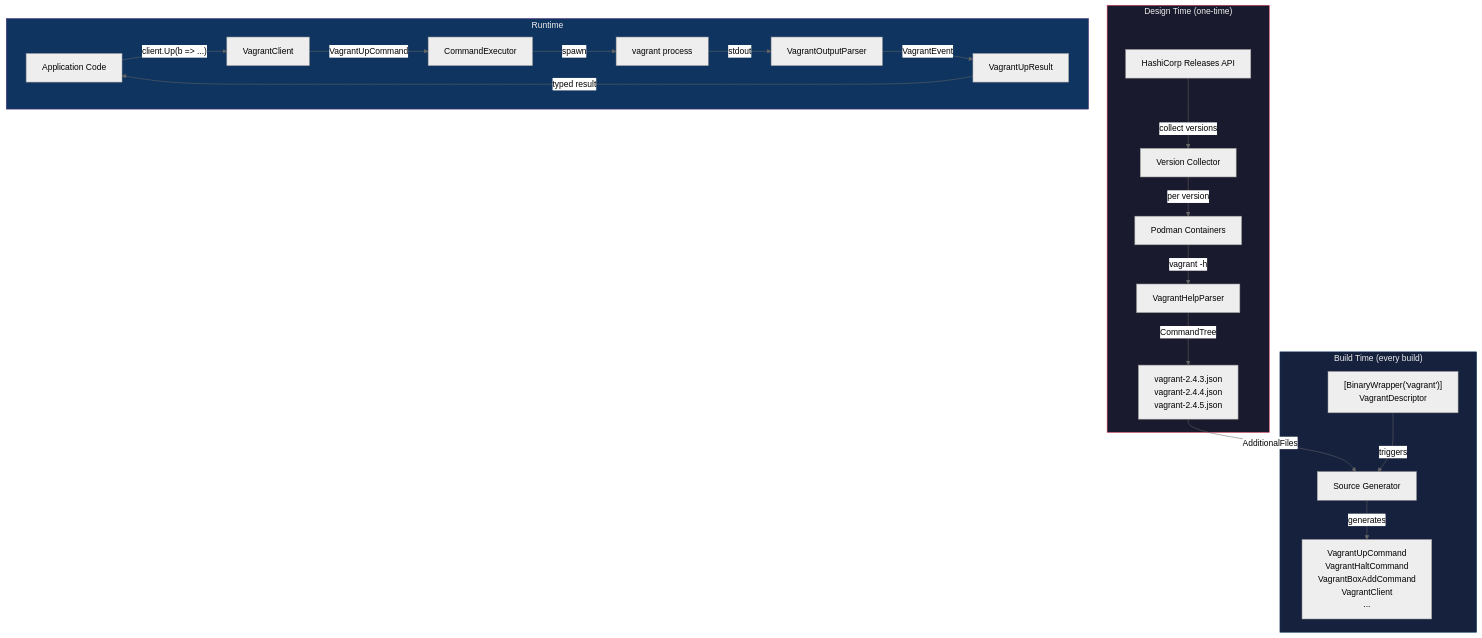
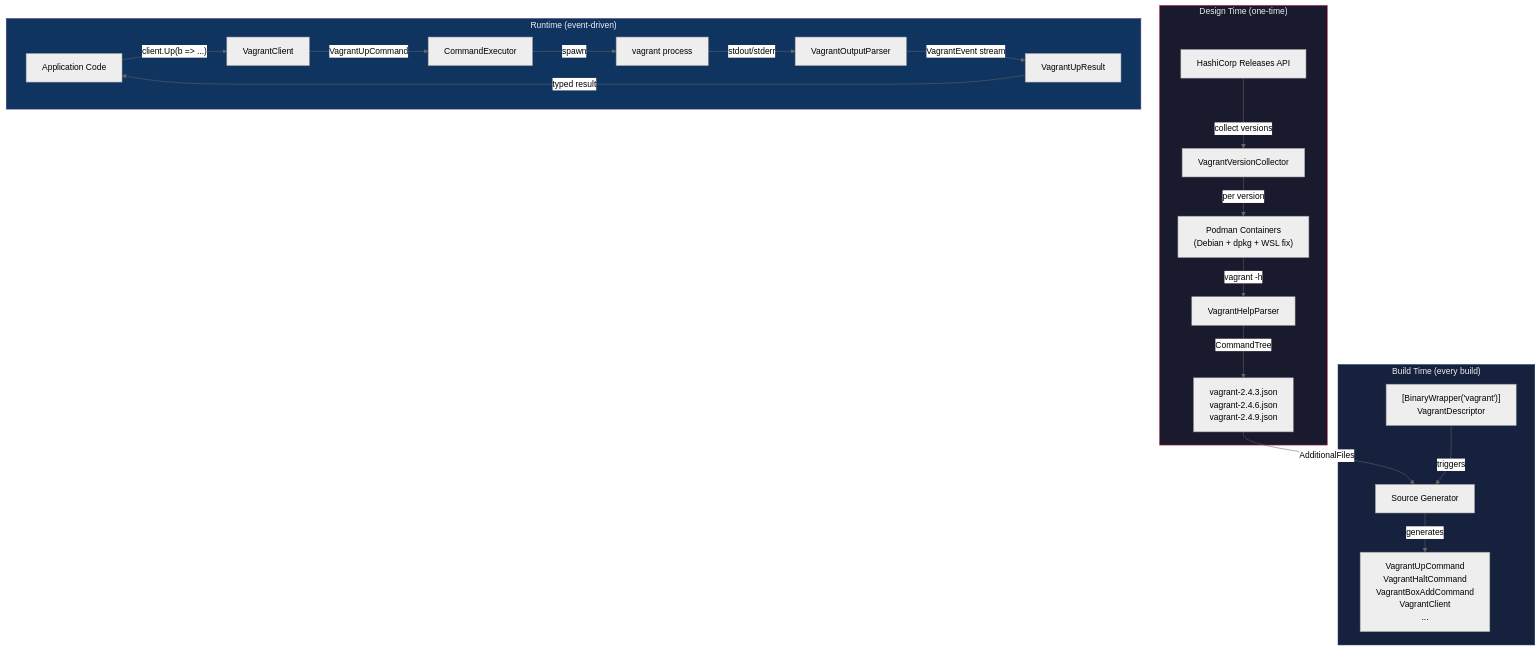
The fifth of 5 diagrams in Net/FrenchExDev/BinaryWrapper/doc/HOW-TO.md (FrenchExDev/FrenchExDev), drawn with Mermaid (neutral theme) before and after one commit. The commit also changed other lines of this file and 29723 other files, not shown here.

````diff
--- a/Net/FrenchExDev/BinaryWrapper/doc/HOW-TO.md
+++ b/Net/FrenchExDev/BinaryWrapper/doc/HOW-TO.md
@@ -936,45 +843,45 @@
 ```mermaid
 flowchart TD
     subgraph Design["Design Time (one-time)"]
         HC["HashiCorp Releases API"]
-        VC["Version Collector"]
-        POD["Podman Containers"]
+        VC["VagrantVersionCollector"]
+        POD["Podman Containers<br>(Debian + dpkg + WSL fix)"]
         VHP["VagrantHelpParser"]
-        JSON["vagrant-2.4.3.json<br/>vagrant-2.4.4.json<br/>vagrant-2.4.5.json"]
+        JSON["vagrant-2.4.3.json<br>vagrant-2.4.6.json<br>vagrant-2.4.9.json"]
 
         HC -->|"collect versions"| VC
         VC -->|"per version"| POD
         POD -->|"vagrant -h"| VHP
         VHP -->|"CommandTree"| JSON
     end
 
     subgraph Build["Build Time (every build)"]
-        DESC["[BinaryWrapper('vagrant')]<br/>VagrantDescriptor"]
+        DESC["[BinaryWrapper('vagrant')]<br>VagrantDescriptor"]
         SG["Source Generator"]
-        GEN["VagrantUpCommand<br/>VagrantHaltCommand<br/>VagrantBoxAddCommand<br/>VagrantClient<br/>..."]
+        GEN["VagrantUpCommand<br>VagrantHaltCommand<br>VagrantBoxAddCommand<br>VagrantClient<br>..."]
 
         JSON -->|"AdditionalFiles"| SG
         DESC -->|"triggers"| SG
         SG -->|"generates"| GEN
     end
 
-    subgraph Runtime["Runtime"]
+    subgraph Runtime["Runtime (event-driven)"]
         APP["Application Code"]
         CLIENT["VagrantClient"]
         EXEC["CommandExecutor"]
         VAGRANT["vagrant process"]
         PARSER["VagrantOutputParser"]
         RESULT["VagrantUpResult"]
 
         APP -->|"client.Up(b => ...)"| CLIENT
         CLIENT -->|"VagrantUpCommand"| EXEC
         EXEC -->|"spawn"| VAGRANT
-        VAGRANT -->|"stdout"| PARSER
-        PARSER -->|"VagrantEvent"| RESULT
+        VAGRANT -->|"stdout/stderr"| PARSER
+        PARSER -->|"VagrantEvent stream"| RESULT
         RESULT -->|"typed result"| APP
     end
 
     style Design fill:#1a1a2e,stroke:#e94560,color:#eee
     style Build fill:#16213e,stroke:#0f3460,color:#eee
     style Runtime fill:#0f3460,stroke:#533483,color:#eee
 ```
````
